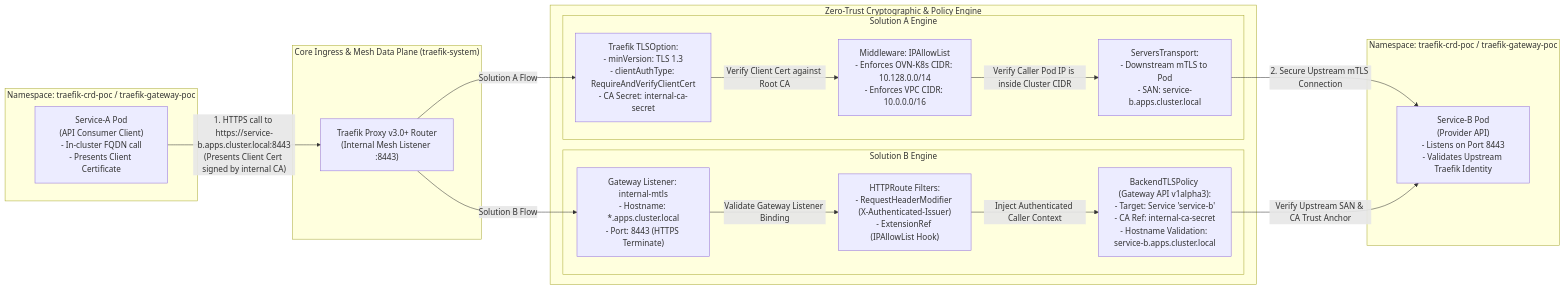
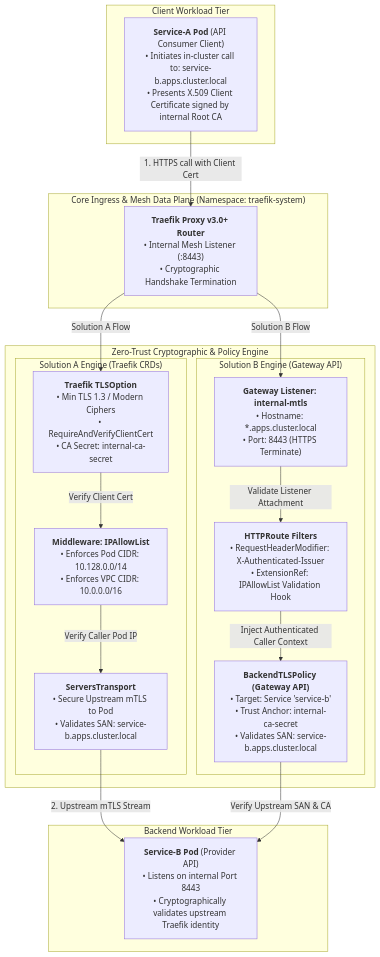
The second of 2 diagrams in README.md (nubenetes/traefik-fqdn-management-poc-openshift-aws), drawn with Mermaid before and after one commit. The commit also changed other lines of this file and 1 other file, not shown here.

Commit message:
fix(mermaid): resolve text truncation and clipping in Mermaid diagrams across markdown docs

````diff
--- a/README.md
+++ b/README.md
@@ -184,40 +184,40 @@
 ```mermaid
-flowchart LR
-    subgraph Client_Namespace ["Namespace: traefik-crd-poc / traefik-gateway-poc"]
-        ServiceA["Service-A Pod\n(API Consumer Client)\n- In-cluster FQDN call\n- Presents Client Certificate"]
+flowchart TD
+    subgraph Client_Tier ["Client Workload Tier"]
+        ServiceA["<b>Service-A Pod</b> (API Consumer Client)<br/>• Initiates in-cluster call to: service-b.apps.cluster.local<br/>• Presents X.509 Client Certificate signed by internal Root CA"]
     end
 
-    subgraph Ingress_Core ["Core Ingress & Mesh Data Plane (traefik-system)"]
-        TraefikInternal["Traefik Proxy v3.0+ Router\n(Internal Mesh Listener :8443)"]
+    subgraph Ingress_Core ["Core Ingress & Mesh Data Plane (Namespace: traefik-system)"]
+        TraefikInternal["<b>Traefik Proxy v3.0+ Router</b><br/>• Internal Mesh Listener (:8443)<br/>• Cryptographic Handshake Termination"]
     end
 
     subgraph Security_Validation ["Zero-Trust Cryptographic & Policy Engine"]
-        subgraph SolA_Security ["Solution A Engine"]
-            TLSOption["Traefik TLSOption:\n- minVersion: TLS 1.3\n- clientAuthType: RequireAndVerifyClientCert\n- CA Secret: internal-ca-secret"]
-            ST["ServersTransport:\n- Downstream mTLS to Pod\n- SAN: service-b.apps.cluster.local"]
-            MW_IP["Middleware: IPAllowList\n- Enforces OVN-K8s CIDR: 10.128.0.0/14\n- Enforces VPC CIDR: 10.0.0.0/16"]
+        subgraph SolA_Security ["Solution A Engine (Traefik CRDs)"]
+            TLSOption["<b>Traefik TLSOption</b><br/>• Min TLS 1.3 / Modern Ciphers<br/>• RequireAndVerifyClientCert<br/>• CA Secret: internal-ca-secret"]
+            ST["<b>ServersTransport</b><br/>• Secure Upstream mTLS to Pod<br/>• Validates SAN: service-b.apps.cluster.local"]
+            MW_IP["<b>Middleware: IPAllowList</b><br/>• Enforces Pod CIDR: 10.128.0.0/14<br/>• Enforces VPC CIDR: 10.0.0.0/16"]
         end
 
-        subgraph SolB_Security ["Solution B Engine"]
-            GW_Internal["Gateway Listener: internal-mtls\n- Hostname: *.apps.cluster.local\n- Port: 8443 (HTTPS Terminate)"]
-            BTLP["BackendTLSPolicy (Gateway API v1alpha3):\n- Target: Service 'service-b'\n- CA Ref: internal-ca-secret\n- Hostname Validation: service-b.apps.cluster.local"]
-            HR_Filter["HTTPRoute Filters:\n- RequestHeaderModifier (X-Authenticated-Issuer)\n- ExtensionRef (IPAllowList Hook)"]
+        subgraph SolB_Security ["Solution B Engine (Gateway API)"]
+            GW_Internal["<b>Gateway Listener: internal-mtls</b><br/>• Hostname: *.apps.cluster.local<br/>• Port: 8443 (HTTPS Terminate)"]
+            BTLP["<b>BackendTLSPolicy (Gateway API)</b><br/>• Target: Service 'service-b'<br/>• Trust Anchor: internal-ca-secret<br/>• Validates SAN: service-b.apps.cluster.local"]
+            HR_Filter["<b>HTTPRoute Filters</b><br/>• RequestHeaderModifier: X-Authenticated-Issuer<br/>• ExtensionRef: IPAllowList Validation Hook"]
         end
     end
 
-    subgraph Backend_Namespace ["Namespace: traefik-crd-poc / traefik-gateway-poc"]
-        ServiceB["Service-B Pod\n(Provider API)\n- Listens on Port 8443\n- Validates Upstream Traefik Identity"]
+    subgraph Backend_Tier ["Backend Workload Tier"]
+        ServiceB["<b>Service-B Pod</b> (Provider API)<br/>• Listens on internal Port 8443<br/>• Cryptographically validates upstream Traefik identity"]
     end
 
-    ServiceA -->|"1. HTTPS call to https://service-b.apps.cluster.local:8443\n(Presents Client Cert signed by internal CA)"| TraefikInternal
+    ServiceA -->|"1. HTTPS call with Client Cert"| TraefikInternal
 
     TraefikInternal -->|"Solution A Flow"| TLSOption
-    TLSOption -->|"Verify Client Cert against Root CA"| MW_IP
-    MW_IP -->|"Verify Caller Pod IP is inside Cluster CIDR"| ST
-    ST -->|"2. Secure Upstream mTLS Connection"| ServiceB
+    TLSOption -->|"Verify Client Cert"| MW_IP
+    MW_IP -->|"Verify Caller Pod IP"| ST
+    ST -->|"2. Upstream mTLS Stream"| ServiceB
 
     TraefikInternal -->|"Solution B Flow"| GW_Internal
-    GW_Internal -->|"Validate Gateway Listener Binding"| HR_Filter
+    GW_Internal -->|"Validate Listener Attachment"| HR_Filter
     HR_Filter -->|"Inject Authenticated Caller Context"| BTLP
-    BTLP -->|"Verify Upstream SAN & CA Trust Anchor"| ServiceB
+    BTLP -->|"Verify Upstream SAN & CA"| ServiceB
 ```
````
